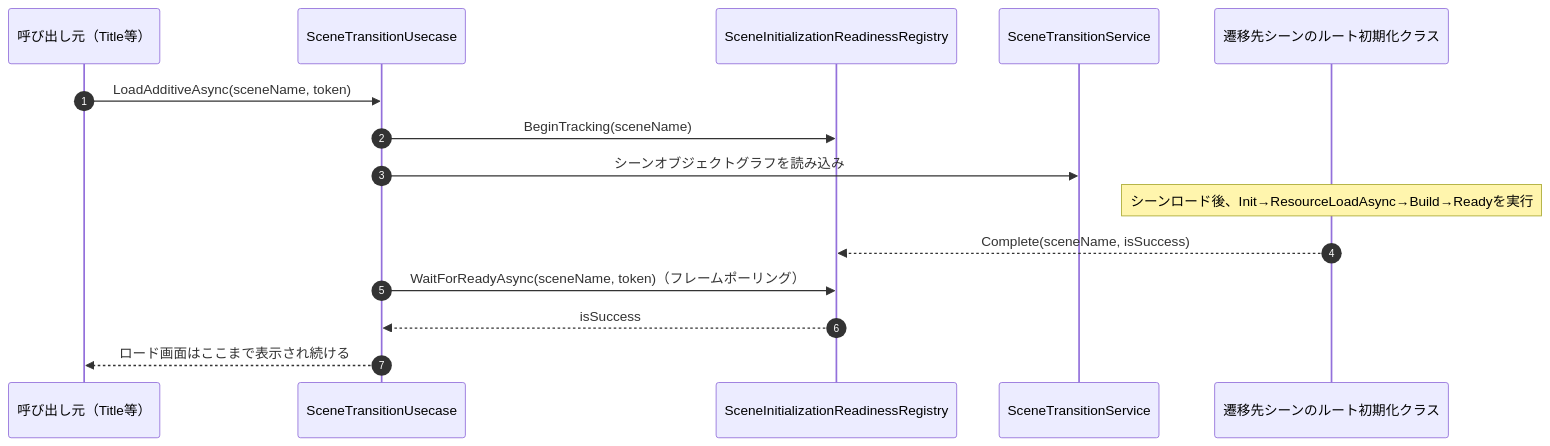
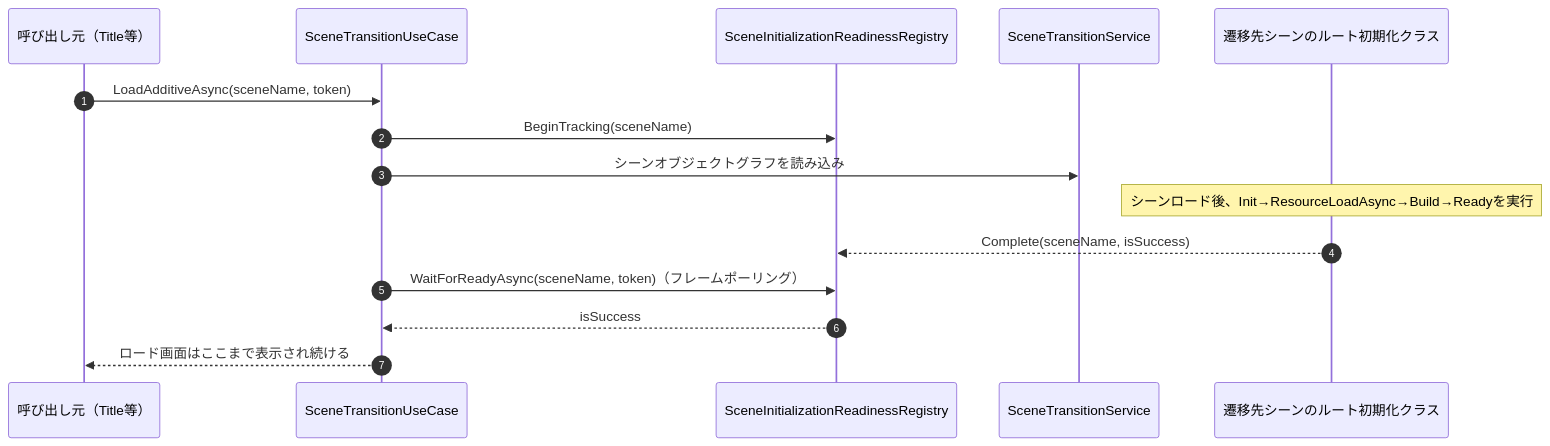
The second of 3 diagrams in Assets/Docs/ScriptsDocs/Modules/NotionModuleDocs/SceneManagement.md (HIBIKI5201/SymphonyKillChord), drawn with Mermaid before and after one commit. The commit also changed other lines of this file and 89 other files, not shown here.

````diff
--- a/Assets/Docs/ScriptsDocs/Modules/NotionModuleDocs/SceneManagement.md
+++ b/Assets/Docs/ScriptsDocs/Modules/NotionModuleDocs/SceneManagement.md
@@ -125,18 +125,18 @@
 ```mermaid
 sequenceDiagram
     autonumber
     participant Caller as 呼び出し元（Title等）
-    participant Usecase as SceneTransitionUsecase
+    participant Usecase as SceneTransitionUseCase
     participant Readiness as SceneInitializationReadinessRegistry
     participant Service as SceneTransitionService
     participant RootInit as 遷移先シーンのルート初期化クラス
 
     Caller ->> Usecase: LoadAdditiveAsync(sceneName, token)
     Usecase ->> Readiness: BeginTracking(sceneName)
     Usecase ->> Service: シーンオブジェクトグラフを読み込み
     Note over RootInit: シーンロード後、Init→ResourceLoadAsync→Build→Readyを実行
     RootInit -->> Readiness: Complete(sceneName, isSuccess)
     Usecase ->> Readiness: WaitForReadyAsync(sceneName, token)（フレームポーリング）
     Readiness -->> Usecase: isSuccess
     Usecase -->> Caller: ロード画面はここまで表示され続ける
 ```
````
